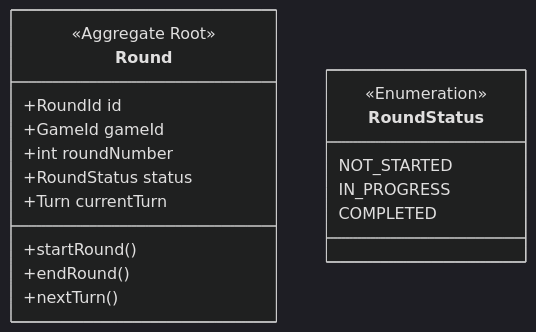
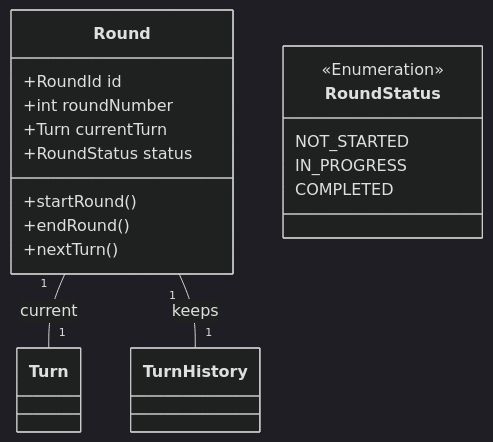
One commit to otonowa-naka/esiritori changed the third of 7 diagrams in design/domain-model.md. Above: the diagram before and after it, drawn with Mermaid (dark theme). The commit also changed other lines of this file and 2 other files, not shown here.

````diff
--- a/design/domain-model.md
+++ b/design/domain-model.md
@@ -203,21 +149,22 @@
 ```mermaid
 classDiagram
     class Round {
-        <<Aggregate Root>>
         +RoundId id
-        +GameId gameId
         +int roundNumber
+        +Turn currentTurn
         +RoundStatus status
-        +Turn currentTurn
         +startRound()
         +endRound()
         +nextTurn()
     }
 
     class RoundStatus {
         <<Enumeration>>
         NOT_STARTED
         IN_PROGRESS
         COMPLETED
     }
+
+    Round "1" -- "1" Turn : current
+    Round "1" -- "1" TurnHistory : keeps
 ```
````
